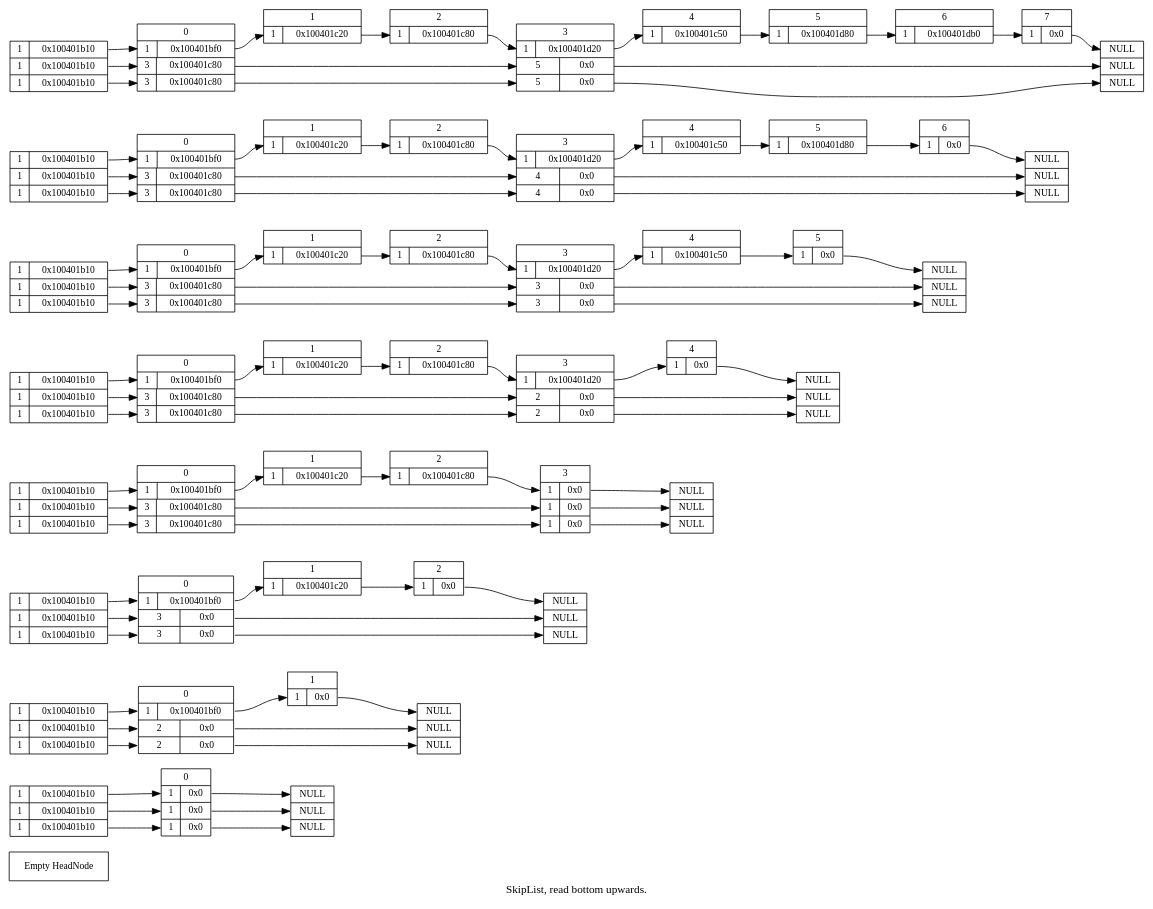
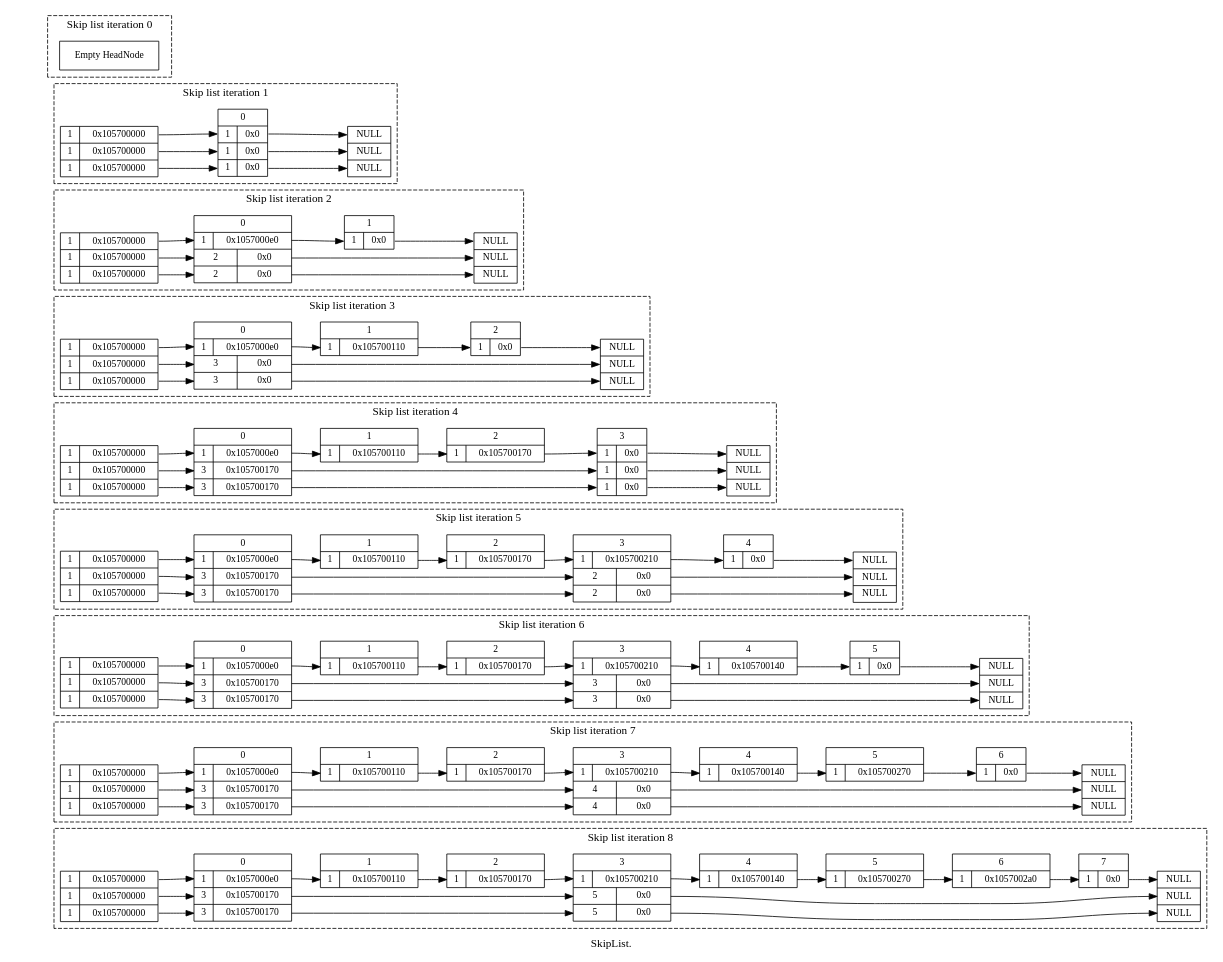
One commit to paulross/skiplist changed the diagram in doc/skiplist_visualisation/dot/doc_insert_25_percent.dot. Above: the diagram before and after it, drawn with Graphviz. The commit also changed 31 other files, not shown here.

```diff
--- a/doc/skiplist_visualisation/dot/doc_insert_25_percent.dot
+++ b/doc/skiplist_visualisation/dot/doc_insert_25_percent.dot
@@ -1,281 +1,337 @@
 # doc_insert
 digraph SkipList {
-label = "SkipList, read bottom upwards."
+label = "SkipList."
 graph [rankdir = "LR"];
 node [fontsize = "12" shape = "ellipse"];
 edge [];
-"HeadNode" [
+
+subgraph cluster0 {
+style=dashed
+label="Skip list iteration 0"
+"HeadNode0" [
 label = "Empty HeadNode"
 shape = "record"
 ];
+}
+
+subgraph cluster1 {
+style=dashed
+label="Skip list iteration 1"
 "HeadNode1" [
-label = "{ 1 | <f0> 0x100401b10} | { 1 | <f1> 0x100401b10} | { 1 | <f2> 0x100401b10}"
+label = "{ 1 | <f0> 0x105700000} | { 1 | <f1> 0x105700000} | { 1 | <f2> 0x105700000}"
 shape = "record"
 ];
 "node10x0" [label = "<w1> NULL | <w2> NULL | <w3> NULL" shape = "record"];
-"HeadNode1":f0 -> "node10x100401b10":w1 [];
-"HeadNode1":f1 -> "node10x100401b10":w2 [];
-"HeadNode1":f2 -> "node10x100401b10":w3 [];
-"node10x100401b10" [
+"HeadNode1":f0 -> "node10x105700000":w1 [];
+"HeadNode1":f1 -> "node10x105700000":w2 [];
+"HeadNode1":f2 -> "node10x105700000":w3 [];
+"node10x105700000" [
 label = "<f0> 0 | { <w1> 1 | <f1> 0x0 } | { <w2> 1 | <f2> 0x0 } | { <w3> 1 | <f3> 0x0 }"
 shape = "record"
 ];
-"node10x100401b10":f1 -> "node10x0":w1 [];
-"node10x100401b10":f2 -> "node10x0":w2 [];
-"node10x100401b10":f3 -> "node10x0":w3 [];
+"node10x105700000":f1 -> "node10x0":w1 [];
+"node10x105700000":f2 -> "node10x0":w2 [];
+"node10x105700000":f3 -> "node10x0":w3 [];
+}
+
+subgraph cluster2 {
+style=dashed
+label="Skip list iteration 2"
 "HeadNode2" [
-label = "{ 1 | <f0> 0x100401b10} | { 1 | <f1> 0x100401b10} | { 1 | <f2> 0x100401b10}"
+label = "{ 1 | <f0> 0x105700000} | { 1 | <f1> 0x105700000} | { 1 | <f2> 0x105700000}"
 shape = "record"
 ];
 "node20x0" [label = "<w1> NULL | <w2> NULL | <w3> NULL" shape = "record"];
-"HeadNode2":f0 -> "node20x100401b10":w1 [];
-"HeadNode2":f1 -> "node20x100401b10":w2 [];
-"HeadNode2":f2 -> "node20x100401b10":w3 [];
-"node20x100401b10" [
-label = "<f0> 0 | { <w1> 1 | <f1> 0x100401bf0 } | { <w2> 2 | <f2> 0x0 } | { <w3> 2 | <f3> 0x0 }"
+"HeadNode2":f0 -> "node20x105700000":w1 [];
+"HeadNode2":f1 -> "node20x105700000":w2 [];
+"HeadNode2":f2 -> "node20x105700000":w3 [];
+"node20x105700000" [
+label = "<f0> 0 | { <w1> 1 | <f1> 0x1057000e0 } | { <w2> 2 | <f2> 0x0 } | { <w3> 2 | <f3> 0x0 }"
 shape = "record"
 ];
-"node20x100401b10":f1 -> "node20x100401bf0":w1 [];
-"node20x100401b10":f2 -> "node20x0":w2 [];
-"node20x100401b10":f3 -> "node20x0":w3 [];
-"node20x100401bf0" [
+"node20x105700000":f1 -> "node20x1057000e0":w1 [];
+"node20x105700000":f2 -> "node20x0":w2 [];
+"node20x105700000":f3 -> "node20x0":w3 [];
+"node20x1057000e0" [
 label = "<f0> 1 | { <w1> 1 | <f1> 0x0 }"
 shape = "record"
 ];
-"node20x100401bf0":f1 -> "node20x0":w1 [];
+"node20x1057000e0":f1 -> "node20x0":w1 [];
+}
+
+subgraph cluster3 {
+style=dashed
+label="Skip list iteration 3"
 "HeadNode3" [
-label = "{ 1 | <f0> 0x100401b10} | { 1 | <f1> 0x100401b10} | { 1 | <f2> 0x100401b10}"
+label = "{ 1 | <f0> 0x105700000} | { 1 | <f1> 0x105700000} | { 1 | <f2> 0x105700000}"
 shape = "record"
 ];
 "node30x0" [label = "<w1> NULL | <w2> NULL | <w3> NULL" shape = "record"];
-"HeadNode3":f0 -> "node30x100401b10":w1 [];
-"HeadNode3":f1 -> "node30x100401b10":w2 [];
-"HeadNode3":f2 -> "node30x100401b10":w3 [];
-"node30x100401b10" [
-label = "<f0> 0 | { <w1> 1 | <f1> 0x100401bf0 } | { <w2> 3 | <f2> 0x0 } | { <w3> 3 | <f3> 0x0 }"
+"HeadNode3":f0 -> "node30x105700000":w1 [];
+"HeadNode3":f1 -> "node30x105700000":w2 [];
+"HeadNode3":f2 -> "node30x105700000":w3 [];
+"node30x105700000" [
+label = "<f0> 0 | { <w1> 1 | <f1> 0x1057000e0 } | { <w2> 3 | <f2> 0x0 } | { <w3> 3 | <f3> 0x0 }"
 shape = "record"
 ];
-"node30x100401b10":f1 -> "node30x100401bf0":w1 [];
-"node30x100401b10":f2 -> "node30x0":w2 [];
-"node30x100401b10":f3 -> "node30x0":w3 [];
-"node30x100401bf0" [
-label = "<f0> 1 | { <w1> 1 | <f1> 0x100401c20 }"
+"node30x105700000":f1 -> "node30x1057000e0":w1 [];
+"node30x105700000":f2 -> "node30x0":w2 [];
+"node30x105700000":f3 -> "node30x0":w3 [];
+"node30x1057000e0" [
+label = "<f0> 1 | { <w1> 1 | <f1> 0x105700110 }"
 shape = "record"
 ];
-"node30x100401bf0":f1 -> "node30x100401c20":w1 [];
-"node30x100401c20" [
+"node30x1057000e0":f1 -> "node30x105700110":w1 [];
+"node30x105700110" [
 label = "<f0> 2 | { <w1> 1 | <f1> 0x0 }"
 shape = "record"
 ];
-"node30x100401c20":f1 -> "node30x0":w1 [];
+"node30x105700110":f1 -> "node30x0":w1 [];
+}
+
+subgraph cluster4 {
+style=dashed
+label="Skip list iteration 4"
 "HeadNode4" [
-label = "{ 1 | <f0> 0x100401b10} | { 1 | <f1> 0x100401b10} | { 1 | <f2> 0x100401b10}"
+label = "{ 1 | <f0> 0x105700000} | { 1 | <f1> 0x105700000} | { 1 | <f2> 0x105700000}"
 shape = "record"
 ];
 "node40x0" [label = "<w1> NULL | <w2> NULL | <w3> NULL" shape = "record"];
-"HeadNode4":f0 -> "node40x100401b10":w1 [];
-"HeadNode4":f1 -> "node40x100401b10":w2 [];
-"HeadNode4":f2 -> "node40x100401b10":w3 [];
-"node40x100401b10" [
-label = "<f0> 0 | { <w1> 1 | <f1> 0x100401bf0 } | { <w2> 3 | <f2> 0x100401c80 } | { <w3> 3 | <f3> 0x100401c80 }"
+"HeadNode4":f0 -> "node40x105700000":w1 [];
+"HeadNode4":f1 -> "node40x105700000":w2 [];
+"HeadNode4":f2 -> "node40x105700000":w3 [];
+"node40x105700000" [
+label = "<f0> 0 | { <w1> 1 | <f1> 0x1057000e0 } | { <w2> 3 | <f2> 0x105700170 } | { <w3> 3 | <f3> 0x105700170 }"
 shape = "record"
 ];
-"node40x100401b10":f1 -> "node40x100401bf0":w1 [];
-"node40x100401b10":f2 -> "node40x100401c80":w2 [];
-"node40x100401b10":f3 -> "node40x100401c80":w3 [];
-"node40x100401bf0" [
-label = "<f0> 1 | { <w1> 1 | <f1> 0x100401c20 }"
+"node40x105700000":f1 -> "node40x1057000e0":w1 [];
+"node40x105700000":f2 -> "node40x105700170":w2 [];
+"node40x105700000":f3 -> "node40x105700170":w3 [];
+"node40x1057000e0" [
+label = "<f0> 1 | { <w1> 1 | <f1> 0x105700110 }"
 shape = "record"
 ];
-"node40x100401bf0":f1 -> "node40x100401c20":w1 [];
-"node40x100401c20" [
-label = "<f0> 2 | { <w1> 1 | <f1> 0x100401c80 }"
+"node40x1057000e0":f1 -> "node40x105700110":w1 [];
+"node40x105700110" [
+label = "<f0> 2 | { <w1> 1 | <f1> 0x105700170 }"
 shape = "record"
 ];
-"node40x100401c20":f1 -> "node40x100401c80":w1 [];
-"node40x100401c80" [
+"node40x105700110":f1 -> "node40x105700170":w1 [];
+"node40x105700170" [
 label = "<f0> 3 | { <w1> 1 | <f1> 0x0 } | { <w2> 1 | <f2> 0x0 } | { <w3> 1 | <f3> 0x0 }"
 shape = "record"
 ];
-"node40x100401c80":f1 -> "node40x0":w1 [];
-"node40x100401c80":f2 -> "node40x0":w2 [];
-"node40x100401c80":f3 -> "node40x0":w3 [];
+"node40x105700170":f1 -> "node40x0":w1 [];
+"node40x105700170":f2 -> "node40x0":w2 [];
+"node40x105700170":f3 -> "node40x0":w3 [];
+}
+
+subgraph cluster5 {
+style=dashed
+label="Skip list iteration 5"
 "HeadNode5" [
-label = "{ 1 | <f0> 0x100401b10} | { 1 | <f1> 0x100401b10} | { 1 | <f2> 0x100401b10}"
+label = "{ 1 | <f0> 0x105700000} | { 1 | <f1> 0x105700000} | { 1 | <f2> 0x105700000}"
 shape = "record"
 ];
 "node50x0" [label = "<w1> NULL | <w2> NULL | <w3> NULL" shape = "record"];
-"HeadNode5":f0 -> "node50x100401b10":w1 [];
-"HeadNode5":f1 -> "node50x100401b10":w2 [];
-"HeadNode5":f2 -> "node50x100401b10":w3 [];
-"node50x100401b10" [
-label = "<f0> 0 | { <w1> 1 | <f1> 0x100401bf0 } | { <w2> 3 | <f2> 0x100401c80 } | { <w3> 3 | <f3> 0x100401c80 }"
+"HeadNode5":f0 -> "node50x105700000":w1 [];
+"HeadNode5":f1 -> "node50x105700000":w2 [];
+"HeadNode5":f2 -> "node50x105700000":w3 [];
+"node50x105700000" [
+label = "<f0> 0 | { <w1> 1 | <f1> 0x1057000e0 } | { <w2> 3 | <f2> 0x105700170 } | { <w3> 3 | <f3> 0x105700170 }"
 shape = "record"
 ];
-"node50x100401b10":f1 -> "node50x100401bf0":w1 [];
-"node50x100401b10":f2 -> "node50x100401c80":w2 [];
-"node50x100401b10":f3 -> "node50x100401c80":w3 [];
-"node50x100401bf0" [
-label = "<f0> 1 | { <w1> 1 | <f1> 0x100401c20 }"
+"node50x105700000":f1 -> "node50x1057000e0":w1 [];
+"node50x105700000":f2 -> "node50x105700170":w2 [];
+"node50x105700000":f3 -> "node50x105700170":w3 [];
+"node50x1057000e0" [
+label = "<f0> 1 | { <w1> 1 | <f1> 0x105700110 }"
 shape = "record"
 ];
-"node50x100401bf0":f1 -> "node50x100401c20":w1 [];
-"node50x100401c20" [
-label = "<f0> 2 | { <w1> 1 | <f1> 0x100401c80 }"
+"node50x1057000e0":f1 -> "node50x105700110":w1 [];
+"node50x105700110" [
+label = "<f0> 2 | { <w1> 1 | <f1> 0x105700170 }"
 shape = "record"
 ];
-"node50x100401c20":f1 -> "node50x100401c80":w1 [];
-"node50x100401c80" [
-label = "<f0> 3 | { <w1> 1 | <f1> 0x100401d20 } | { <w2> 2 | <f2> 0x0 } | { <w3> 2 | <f3> 0x0 }"
+"node50x105700110":f1 -> "node50x105700170":w1 [];
+"node50x105700170" [
+label = "<f0> 3 | { <w1> 1 | <f1> 0x105700210 } | { <w2> 2 | <f2> 0x0 } | { <w3> 2 | <f3> 0x0 }"
 shape = "record"
 ];
-"node50x100401c80":f1 -> "node50x100401d20":w1 [];
-"node50x100401c80":f2 -> "node50x0":w2 [];
-"node50x100401c80":f3 -> "node50x0":w3 [];
-"node50x100401d20" [
+"node50x105700170":f1 -> "node50x105700210":w1 [];
+"node50x105700170":f2 -> "node50x0":w2 [];
+"node50x105700170":f3 -> "node50x0":w3 [];
+"node50x105700210" [
 label = "<f0> 4 | { <w1> 1 | <f1> 0x0 }"
 shape = "record"
 ];
-"node50x100401d20":f1 -> "node50x0":w1 [];
+"node50x105700210":f1 -> "node50x0":w1 [];
+}
+
+subgraph cluster6 {
+style=dashed
+label="Skip list iteration 6"
 "HeadNode6" [
-label = "{ 1 | <f0> 0x100401b10} | { 1 | <f1> 0x100401b10} | { 1 | <f2> 0x100401b10}"
+label = "{ 1 | <f0> 0x105700000} | { 1 | <f1> 0x105700000} | { 1 | <f2> 0x105700000}"
 shape = "record"
 ];
 "node60x0" [label = "<w1> NULL | <w2> NULL | <w3> NULL" shape = "record"];
-"HeadNode6":f0 -> "node60x100401b10":w1 [];
-"HeadNode6":f1 -> "node60x100401b10":w2 [];
-"HeadNode6":f2 -> "node60x100401b10":w3 [];
-"node60x100401b10" [
-label = "<f0> 0 | { <w1> 1 | <f1> 0x100401bf0 } | { <w2> 3 | <f2> 0x100401c80 } | { <w3> 3 | <f3> 0x100401c80 }"
+"HeadNode6":f0 -> "node60x105700000":w1 [];
+"HeadNode6":f1 -> "node60x105700000":w2 [];
+"HeadNode6":f2 -> "node60x105700000":w3 [];
+"node60x105700000" [
+label = "<f0> 0 | { <w1> 1 | <f1> 0x1057000e0 } | { <w2> 3 | <f2> 0x105700170 } | { <w3> 3 | <f3> 0x105700170 }"
 shape = "record"
 ];
-"node60x100401b10":f1 -> "node60x100401bf0":w1 [];
-"node60x100401b10":f2 -> "node60x100401c80":w2 [];
-"node60x100401b10":f3 -> "node60x100401c80":w3 [];
-"node60x100401bf0" [
-label = "<f0> 1 | { <w1> 1 | <f1> 0x100401c20 }"
+"node60x105700000":f1 -> "node60x1057000e0":w1 [];
+"node60x105700000":f2 -> "node60x105700170":w2 [];
+"node60x105700000":f3 -> "node60x105700170":w3 [];
+"node60x1057000e0" [
+label = "<f0> 1 | { <w1> 1 | <f1> 0x105700110 }"
 shape = "record"
 ];
-"node60x100401bf0":f1 -> "node60x100401c20":w1 [];
-"node60x100401c20" [
-label = "<f0> 2 | { <w1> 1 | <f1> 0x100401c80 }"
+"node60x1057000e0":f1 -> "node60x105700110":w1 [];
+"node60x105700110" [
+label = "<f0> 2 | { <w1> 1 | <f1> 0x105700170 }"
 shape = "record"
 ];
-"node60x100401c20":f1 -> "node60x100401c80":w1 [];
-"node60x100401c80" [
-label = "<f0> 3 | { <w1> 1 | <f1> 0x100401d20 } | { <w2> 3 | <f2> 0x0 } | { <w3> 3 | <f3> 0x0 }"
+"node60x105700110":f1 -> "node60x105700170":w1 [];
+"node60x105700170" [
+label = "<f0> 3 | { <w1> 1 | <f1> 0x105700210 } | { <w2> 3 | <f2> 0x0 } | { <w3> 3 | <f3> 0x0 }"
 shape = "record"
 ];
-"node60x100401c80":f1 -> "node60x100401d20":w1 [];
-"node60x100401c80":f2 -> "node60x0":w2 [];
-"node60x100401c80":f3 -> "node60x0":w3 [];
-"node60x100401d20" [
-label = "<f0> 4 | { <w1> 1 | <f1> 0x100401c50 }"
+"node60x105700170":f1 -> "node60x105700210":w1 [];
+"node60x105700170":f2 -> "node60x0":w2 [];
+"node60x105700170":f3 -> "node60x0":w3 [];
+"node60x105700210" [
+label = "<f0> 4 | { <w1> 1 | <f1> 0x105700140 }"
 shape = "record"
 ];
-"node60x100401d20":f1 -> "node60x100401c50":w1 [];
-"node60x100401c50" [
+"node60x105700210":f1 -> "node60x105700140":w1 [];
+"node60x105700140" [
 label = "<f0> 5 | { <w1> 1 | <f1> 0x0 }"
 shape = "record"
 ];
-"node60x100401c50":f1 -> "node60x0":w1 [];
+"node60x105700140":f1 -> "node60x0":w1 [];
+}
+
+subgraph cluster7 {
+style=dashed
+label="Skip list iteration 7"
 "HeadNode7" [
-label = "{ 1 | <f0> 0x100401b10} | { 1 | <f1> 0x100401b10} | { 1 | <f2> 0x100401b10}"
+label = "{ 1 | <f0> 0x105700000} | { 1 | <f1> 0x105700000} | { 1 | <f2> 0x105700000}"
 shape = "record"
 ];
 "node70x0" [label = "<w1> NULL | <w2> NULL | <w3> NULL" shape = "record"];
-"HeadNode7":f0 -> "node70x100401b10":w1 [];
-"HeadNode7":f1 -> "node70x100401b10":w2 [];
-"HeadNode7":f2 -> "node70x100401b10":w3 [];
-"node70x100401b10" [
-label = "<f0> 0 | { <w1> 1 | <f1> 0x100401bf0 } | { <w2> 3 | <f2> 0x100401c80 } | { <w3> 3 | <f3> 0x100401c80 }"
+"HeadNode7":f0 -> "node70x105700000":w1 [];
+"HeadNode7":f1 -> "node70x105700000":w2 [];
+"HeadNode7":f2 -> "node70x105700000":w3 [];
+"node70x105700000" [
+label = "<f0> 0 | { <w1> 1 | <f1> 0x1057000e0 } | { <w2> 3 | <f2> 0x105700170 } | { <w3> 3 | <f3> 0x105700170 }"
 shape = "record"
 ];
-"node70x100401b10":f1 -> "node70x100401bf0":w1 [];
-"node70x100401b10":f2 -> "node70x100401c80":w2 [];
-"node70x100401b10":f3 -> "node70x100401c80":w3 [];
-"node70x100401bf0" [
-label = "<f0> 1 | { <w1> 1 | <f1> 0x100401c20 }"
+"node70x105700000":f1 -> "node70x1057000e0":w1 [];
+"node70x105700000":f2 -> "node70x105700170":w2 [];
+"node70x105700000":f3 -> "node70x105700170":w3 [];
+"node70x1057000e0" [
+label = "<f0> 1 | { <w1> 1 | <f1> 0x105700110 }"
 shape = "record"
 ];
-"node70x100401bf0":f1 -> "node70x100401c20":w1 [];
-"node70x100401c20" [
-label = "<f0> 2 | { <w1> 1 | <f1> 0x100401c80 }"
+"node70x1057000e0":f1 -> "node70x105700110":w1 [];
+"node70x105700110" [
+label = "<f0> 2 | { <w1> 1 | <f1> 0x105700170 }"
 shape = "record"
 ];
-"node70x100401c20":f1 -> "node70x100401c80":w1 [];
-"node70x100401c80" [
-label = "<f0> 3 | { <w1> 1 | <f1> 0x100401d20 } | { <w2> 4 | <f2> 0x0 } | { <w3> 4 | <f3> 0x0 }"
+"node70x105700110":f1 -> "node70x105700170":w1 [];
+"node70x105700170" [
+label = "<f0> 3 | { <w1> 1 | <f1> 0x105700210 } | { <w2> 4 | <f2> 0x0 } | { <w3> 4 | <f3> 0x0 }"
 shape = "record"
 ];
-"node70x100401c80":f1 -> "node70x100401d20":w1 [];
-"node70x100401c80":f2 -> "node70x0":w2 [];
-"node70x100401c80":f3 -> "node70x0":w3 [];
-"node70x100401d20" [
-label = "<f0> 4 | { <w1> 1 | <f1> 0x100401c50 }"
+"node70x105700170":f1 -> "node70x105700210":w1 [];
+"node70x105700170":f2 -> "node70x0":w2 [];
+"node70x105700170":f3 -> "node70x0":w3 [];
+"node70x105700210" [
+label = "<f0> 4 | { <w1> 1 | <f1> 0x105700140 }"
 shape = "record"
 ];
-"node70x100401d20":f1 -> "node70x100401c50":w1 [];
-"node70x100401c50" [
-label = "<f0> 5 | { <w1> 1 | <f1> 0x100401d80 }"
+"node70x105700210":f1 -> "node70x105700140":w1 [];
+"node70x105700140" [
+label = "<f0> 5 | { <w1> 1 | <f1> 0x105700270 }"
 shape = "record"
 ];
-"node70x100401c50":f1 -> "node70x100401d80":w1 [];
-"node70x100401d80" [
+"node70x105700140":f1 -> "node70x105700270":w1 [];
+"node70x105700270" [
 label = "<f0> 6 | { <w1> 1 | <f1> 0x0 }"
 shape = "record"
 ];
-"node70x100401d80":f1 -> "node70x0":w1 [];
+"node70x105700270":f1 -> "node70x0":w1 [];
+}
+
+subgraph cluster8 {
+style=dashed
+label="Skip list iteration 8"
 "HeadNode8" [
-label = "{ 1 | <f0> 0x100401b10} | { 1 | <f1> 0x100401b10} | { 1 | <f2> 0x100401b10}"
+label = "{ 1 | <f0> 0x105700000} | { 1 | <f1> 0x105700000} | { 1 | <f2> 0x105700000}"
 shape = "record"
 ];
 "node80x0" [label = "<w1> NULL | <w2> NULL | <w3> NULL" shape = "record"];
-"HeadNode8":f0 -> "node80x100401b10":w1 [];
-"HeadNode8":f1 -> "node80x100401b10":w2 [];
-"HeadNode8":f2 -> "node80x100401b10":w3 [];
-"node80x100401b10" [
-label = "<f0> 0 | { <w1> 1 | <f1> 0x100401bf0 } | { <w2> 3 | <f2> 0x100401c80 } | { <w3> 3 | <f3> 0x100401c80 }"
+"HeadNode8":f0 -> "node80x105700000":w1 [];
+"HeadNode8":f1 -> "node80x105700000":w2 [];
+"HeadNode8":f2 -> "node80x105700000":w3 [];
+"node80x105700000" [
+label = "<f0> 0 | { <w1> 1 | <f1> 0x1057000e0 } | { <w2> 3 | <f2> 0x105700170 } | { <w3> 3 | <f3> 0x105700170 }"
 shape = "record"
 ];
-"node80x100401b10":f1 -> "node80x100401bf0":w1 [];
-"node80x100401b10":f2 -> "node80x100401c80":w2 [];
-"node80x100401b10":f3 -> "node80x100401c80":w3 [];
-"node80x100401bf0" [
-label = "<f0> 1 | { <w1> 1 | <f1> 0x100401c20 }"
+"node80x105700000":f1 -> "node80x1057000e0":w1 [];
+"node80x105700000":f2 -> "node80x105700170":w2 [];
+"node80x105700000":f3 -> "node80x105700170":w3 [];
+"node80x1057000e0" [
+label = "<f0> 1 | { <w1> 1 | <f1> 0x105700110 }"
 shape = "record"
 ];
-"node80x100401bf0":f1 -> "node80x100401c20":w1 [];
-"node80x100401c20" [
-label = "<f0> 2 | { <w1> 1 | <f1> 0x100401c80 }"
+"node80x1057000e0":f1 -> "node80x105700110":w1 [];
+"node80x105700110" [
+label = "<f0> 2 | { <w1> 1 | <f1> 0x105700170 }"
 shape = "record"
 ];
-"node80x100401c20":f1 -> "node80x100401c80":w1 [];
-"node80x100401c80" [
-label = "<f0> 3 | { <w1> 1 | <f1> 0x100401d20 } | { <w2> 5 | <f2> 0x0 } | { <w3> 5 | <f3> 0x0 }"
+"node80x105700110":f1 -> "node80x105700170":w1 [];
+"node80x105700170" [
+label = "<f0> 3 | { <w1> 1 | <f1> 0x105700210 } | { <w2> 5 | <f2> 0x0 } | { <w3> 5 | <f3> 0x0 }"
 shape = "record"
 ];
-"node80x100401c80":f1 -> "node80x100401d20":w1 [];
-"node80x100401c80":f2 -> "node80x0":w2 [];
-"node80x100401c80":f3 -> "node80x0":w3 [];
-"node80x100401d20" [
-label = "<f0> 4 | { <w1> 1 | <f1> 0x100401c50 }"
+"node80x105700170":f1 -> "node80x105700210":w1 [];
+"node80x105700170":f2 -> "node80x0":w2 [];
+"node80x105700170":f3 -> "node80x0":w3 [];
+"node80x105700210" [
+label = "<f0> 4 | { <w1> 1 | <f1> 0x105700140 }"
 shape = "record"
 ];
-"node80x100401d20":f1 -> "node80x100401c50":w1 [];
-"node80x100401c50" [
-label = "<f0> 5 | { <w1> 1 | <f1> 0x100401d80 }"
+"node80x105700210":f1 -> "node80x105700140":w1 [];
+"node80x105700140" [
+label = "<f0> 5 | { <w1> 1 | <f1> 0x105700270 }"
 shape = "record"
 ];
-"node80x100401c50":f1 -> "node80x100401d80":w1 [];
-"node80x100401d80" [
-label = "<f0> 6 | { <w1> 1 | <f1> 0x100401db0 }"
+"node80x105700140":f1 -> "node80x105700270":w1 [];
+"node80x105700270" [
+label = "<f0> 6 | { <w1> 1 | <f1> 0x1057002a0 }"
 shape = "record"
 ];
-"node80x100401d80":f1 -> "node80x100401db0":w1 [];
-"node80x100401db0" [
+"node80x105700270":f1 -> "node80x1057002a0":w1 [];
+"node80x1057002a0" [
 label = "<f0> 7 | { <w1> 1 | <f1> 0x0 }"
 shape = "record"
 ];
-"node80x100401db0":f1 -> "node80x0":w1 [];
+"node80x1057002a0":f1 -> "node80x0":w1 [];
 }
+
+node0 [shape=record, label = "<f0> | <f1> | <f2> | <f3> | <f4> | <f5> | <f6> | <f7> | <f8> | ", style=invis, width=0.01];
+node0:f0 -> HeadNode0 [style=invis];
+node0:f1 -> HeadNode1 [style=invis];
+node0:f2 -> HeadNode2 [style=invis];
+node0:f3 -> HeadNode3 [style=invis];
+node0:f4 -> HeadNode4 [style=invis];
+node0:f5 -> HeadNode5 [style=invis];
+node0:f6 -> HeadNode6 [style=invis];
+node0:f7 -> HeadNode7 [style=invis];
+node0:f8 -> HeadNode8 [style=invis];
+}
```
